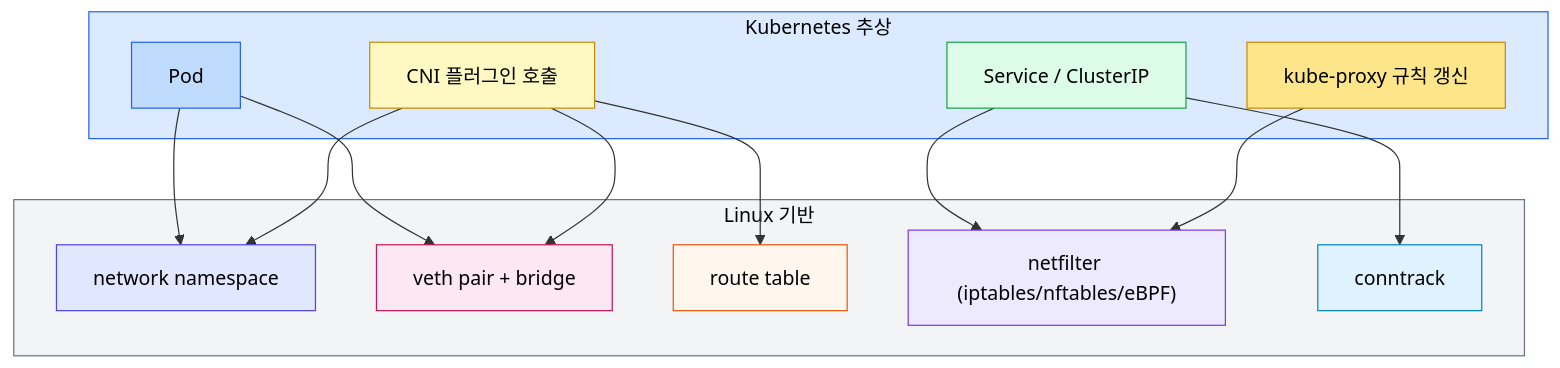
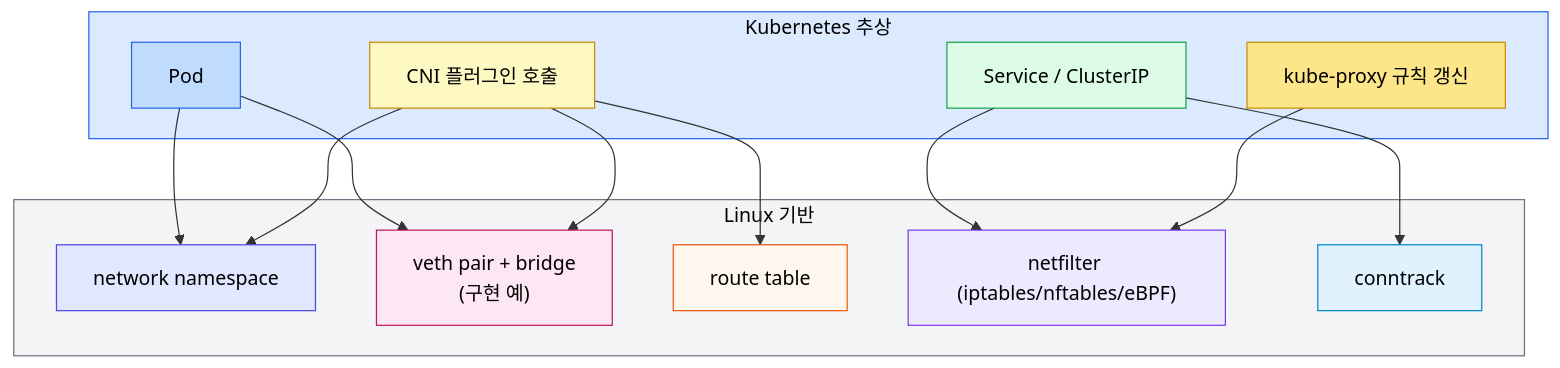
The first of 7 diagrams in write/08_cloud/kubernetes/04_networking/04-02.Pod 네트워크와 Linux 기반.md (scofe97/StduyWrite), drawn with Mermaid before and after one commit. The commit also changed other lines of this file and 142 other files, not shown here.

````diff
--- a/write/08_cloud/kubernetes/04_networking/04-02.Pod 네트워크와 Linux 기반.md
+++ b/write/08_cloud/kubernetes/04_networking/04-02.Pod 네트워크와 Linux 기반.md
@@ -56,37 +55,37 @@
 ```mermaid
 graph TB
     subgraph K8S["Kubernetes 추상"]
         POD["Pod"]
         SVC["Service / ClusterIP"]
         CNI_API["CNI 플러그인 호출"]
         KP["kube-proxy 규칙 갱신"]
     end
     subgraph LIN["Linux 기반"]
         NS["network namespace"]
-        VETH["veth pair + bridge"]
+        VETH["veth pair + bridge<br/>(구현 예)"]
         ROUTE["route table"]
         NF["netfilter (iptables/nftables/eBPF)"]
         CT["conntrack"]
     end
 
     POD --> NS
     POD --> VETH
     SVC --> NF
     SVC --> CT
     CNI_API --> NS
     CNI_API --> VETH
     CNI_API --> ROUTE
     KP --> NF
 
     style K8S fill:#dbeafe,stroke:#2563eb,color:#000
     style LIN fill:#f3f4f6,stroke:#6b7280,color:#000
     style POD fill:#bfdbfe,stroke:#2563eb,color:#000
     style SVC fill:#dcfce7,stroke:#16a34a,color:#000
     style CNI_API fill:#fef9c3,stroke:#ca8a04,color:#000
     style KP fill:#fde68a,stroke:#ca8a04,color:#000
     style NS fill:#e0e7ff,stroke:#4f46e5,color:#000
     style VETH fill:#fce7f3,stroke:#be185d,color:#000
     style ROUTE fill:#fff7ed,stroke:#ea580c,color:#000
     style NF fill:#ede9fe,stroke:#7c3aed,color:#000
     style CT fill:#e0f2fe,stroke:#0284c7,color:#000
 ```
````
